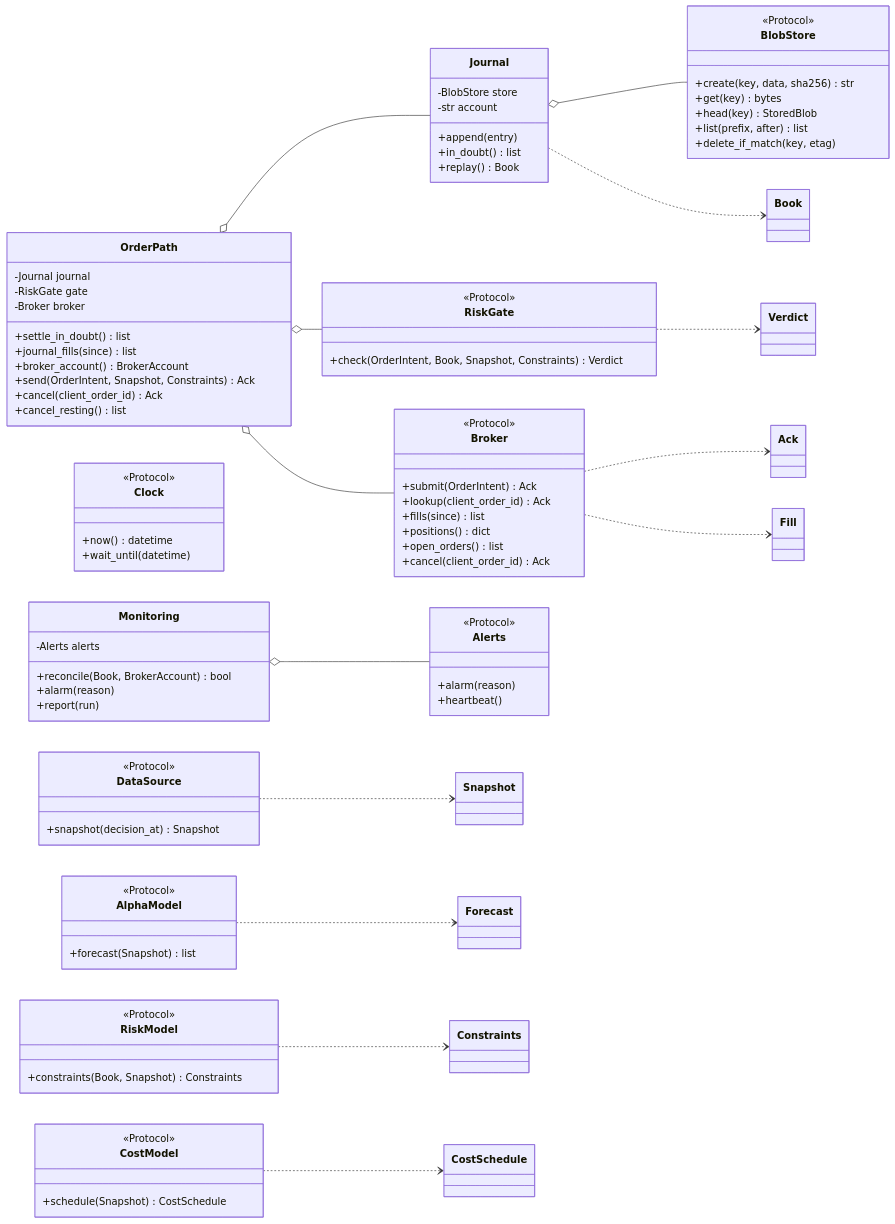
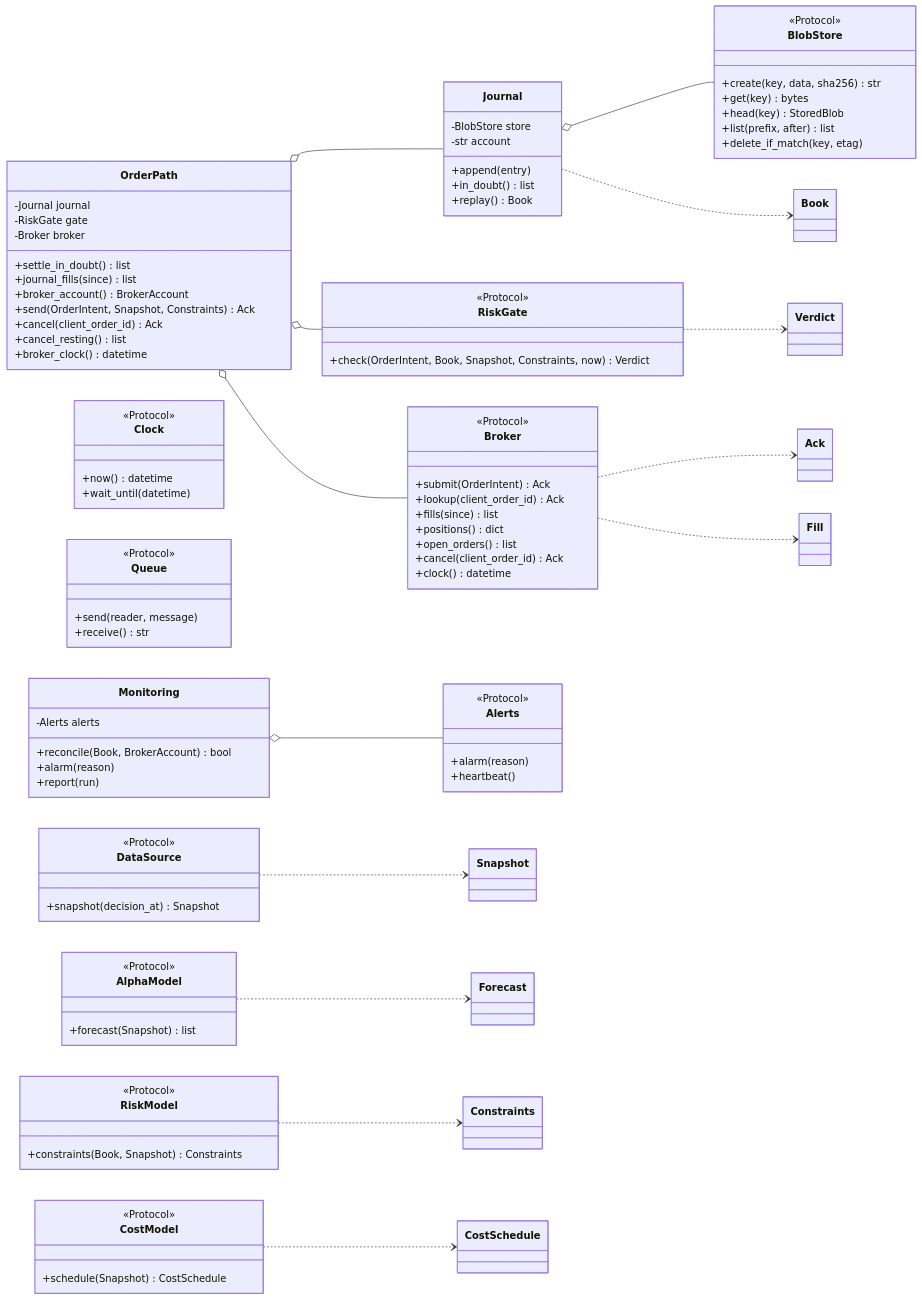
Before and after one commit to l3a0/ithildin-runtime: diagram 11 of 16 in docs/architecture.md, drawn with Mermaid. The commit also changed other lines of this file and 2 other files, not shown here.

First line of the commit message:
docs(architecture): scrub the diagrams and prose against the latest design

```diff
--- a/docs/architecture.md
+++ b/docs/architecture.md
@@ -1242,6 +1284,11 @@
         +now() datetime
         +wait_until(datetime)
     }
+    class Queue {
+        <<Protocol>>
+        +send(reader, message)
+        +receive() str
+    }
     class Broker {
         <<Protocol>>
         +submit(OrderIntent) Ack
@@ -1250,6 +1297,7 @@
         +positions() dict
         +open_orders() list
         +cancel(client_order_id) Ack
+        +clock() datetime
     }
     class AlphaModel {
         <<Protocol>>
@@ -1265,7 +1313,7 @@
     }
     class RiskGate {
         <<Protocol>>
-        +check(OrderIntent, Book, Snapshot, Constraints) Verdict
+        +check(OrderIntent, Book, Snapshot, Constraints, now) Verdict
     }
     class BlobStore {
         <<Protocol>>
@@ -1297,6 +1345,7 @@
         +send(OrderIntent, Snapshot, Constraints) Ack
         +cancel(client_order_id) Ack
         +cancel_resting() list
+        +broker_clock() datetime
     }
     class Monitoring {
         -Alerts alerts
```
